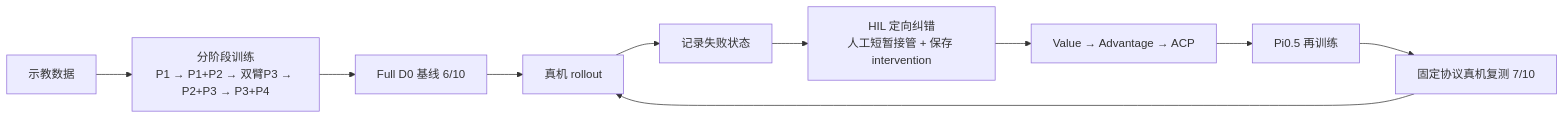
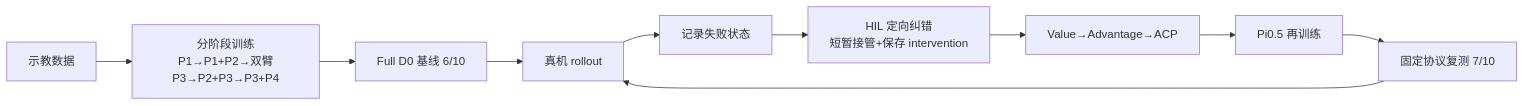
The diagram in content/projects/evo-rl.md (l2ktech/wzy-portfolio), drawn with Mermaid before and after one commit. The commit also changed other lines of this file and 5 other files, not shown here.

````diff
--- a/content/projects/evo-rl.md
+++ b/content/projects/evo-rl.md
@@ -34,12 +11,12 @@
 ```mermaid
 flowchart LR
-    A["示教数据"] --> B["分阶段训练<br/>P1 → P1+P2 → 双臂P3 → P2+P3 → P3+P4"]
+    A["示教数据"] --> B["分阶段训练<br/>P1→P1+P2→双臂P3→P2+P3→P3+P4"]
     B --> C["Full D0 基线 6/10"]
     C --> D["真机 rollout"]
     D --> E["记录失败状态"]
-    E --> F["HIL 定向纠错<br/>人工短暂接管 + 保存 intervention"]
-    F --> G["Value → Advantage → ACP"]
+    E --> F["HIL 定向纠错<br/>短暂接管+保存 intervention"]
+    F --> G["Value→Advantage→ACP"]
     G --> H["Pi0.5 再训练"]
-    H --> I["固定协议真机复测 7/10"]
+    H --> I["固定协议复测 7/10"]
     I --> D
 ```
````
